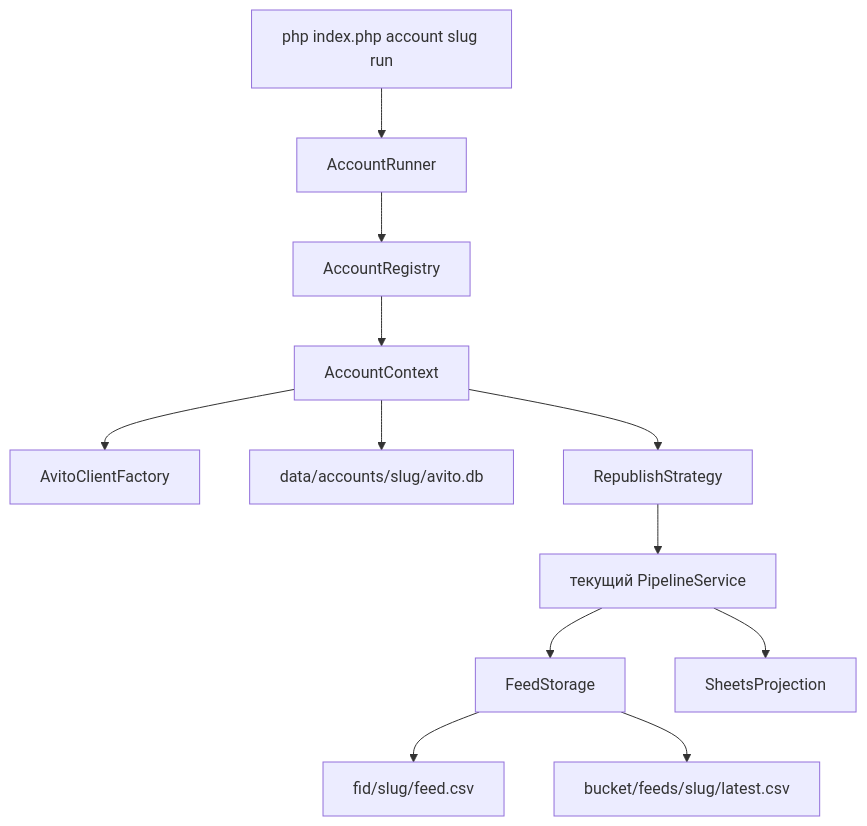
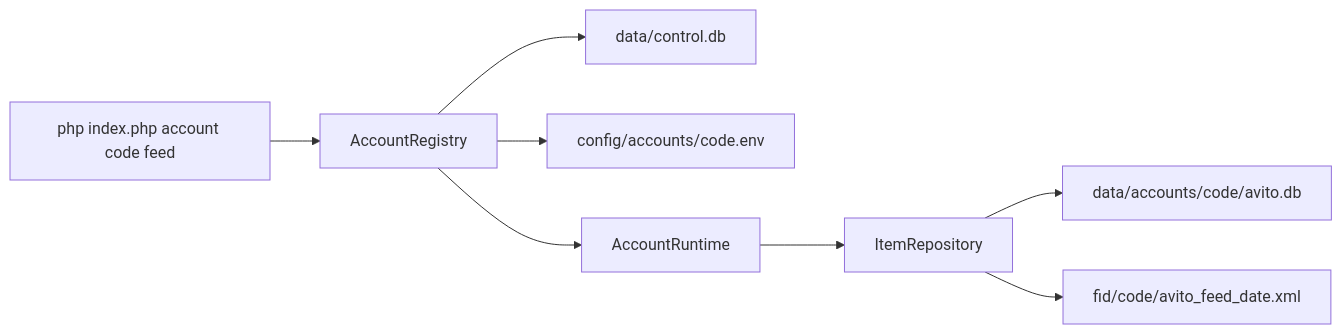
One commit to Kedrorex/avito_api changed the diagram in docs/SCALING.md. Above: the diagram before and after it, drawn with Mermaid. The commit also changed other lines of this file and 75 other files, not shown here.

````diff
--- a/docs/SCALING.md
+++ b/docs/SCALING.md
@@ -32,14 +20,10 @@
 ```mermaid
-flowchart TB
-  cli["php index.php account slug run"] --> runner[AccountRunner]
-  runner --> registry[AccountRegistry]
-  registry --> ctx[AccountContext]
-  ctx --> factory[AvitoClientFactory]
-  ctx --> db["data/accounts/slug/avito.db"]
-  ctx --> strategy[RepublishStrategy]
-  strategy --> pipeline[текущий PipelineService]
-  pipeline --> storage[FeedStorage]
-  storage --> local["fid/slug/feed.csv"]
-  storage --> s3["bucket/feeds/slug/latest.csv"]
-  pipeline --> sheets[SheetsProjection]
+flowchart LR
+  cli["php index.php account code feed"] --> registry[AccountRegistry]
+  registry --> control["data/control.db"]
+  registry --> envFile["config/accounts/code.env"]
+  registry --> runtime[AccountRuntime]
+  runtime --> repo[ItemRepository]
+  repo --> db["data/accounts/code/avito.db"]
+  repo --> feed["fid/code/avito_feed_date.xml"]
 ```
````
